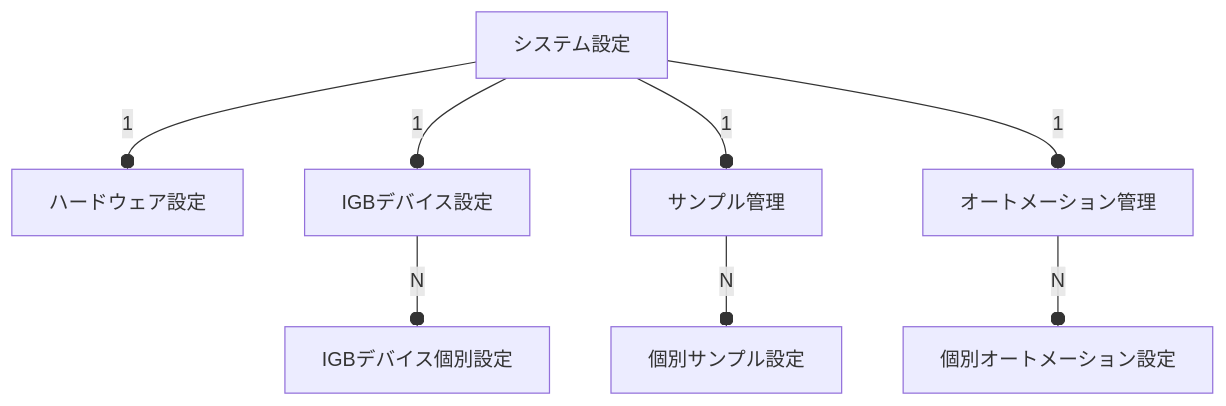
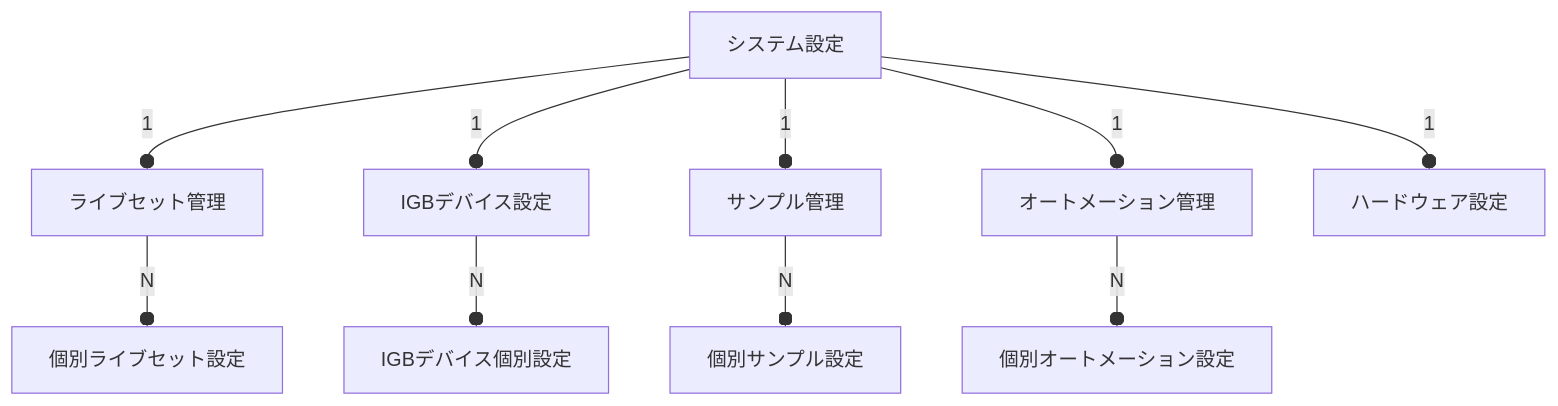
One commit to centrevillage/igb_spec changed the first of 3 diagrams in devices/igb01/IGB01_spec.md. Above: the diagram before and after it, drawn with Mermaid. The commit also changed other lines of this file, not shown here.

````diff
--- a/devices/igb01/IGB01_spec.md
+++ b/devices/igb01/IGB01_spec.md
@@ -112,7 +112,8 @@
 ```mermaid
 flowchart TB
-  SystemConf -- "1" --o HardwareConf["ハードウェア設定"]
-  SystemConf["システム設定"] -- "1" --o IGBDeviceConf["IGBデバイス設定"] -- "N" --o IGBDeviceConfItem["IGBデバイス個別設定"]
+  SystemConf["システム設定"] -- "1" --o LiveSetMng["ライブセット管理"] -- "N" --o LiveSet["個別ライブセット設定"]
+  SystemConf -- "1" --o IGBDeviceConf["IGBデバイス設定"] -- "N" --o IGBDeviceConfItem["IGBデバイス個別設定"]
   SystemConf -- "1" --o SampleMng["サンプル管理"] -- "N" --o SampleItemConf["個別サンプル設定"]
   SystemConf -- "1" --o AutomationMng["オートメーション管理"] -- "N" --o AutometionItemConff["個別オートメーション設定"]
+  SystemConf -- "1" --o HardwareConf["ハードウェア設定"]
 ```
````
